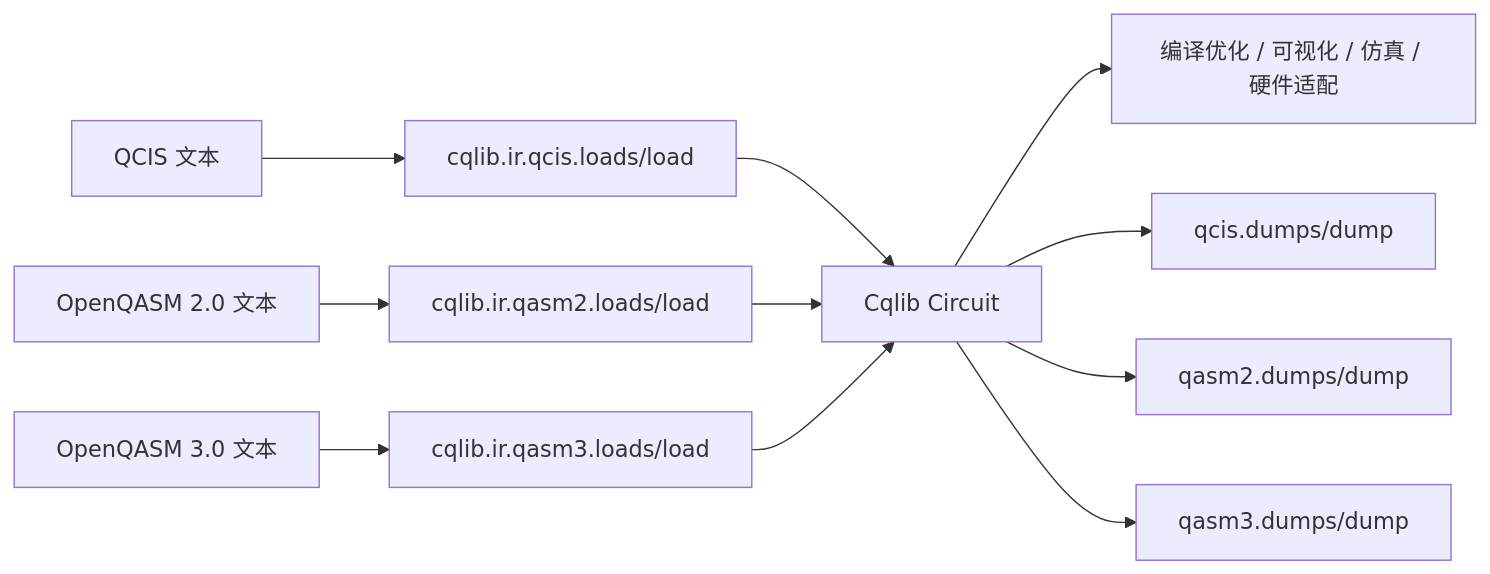
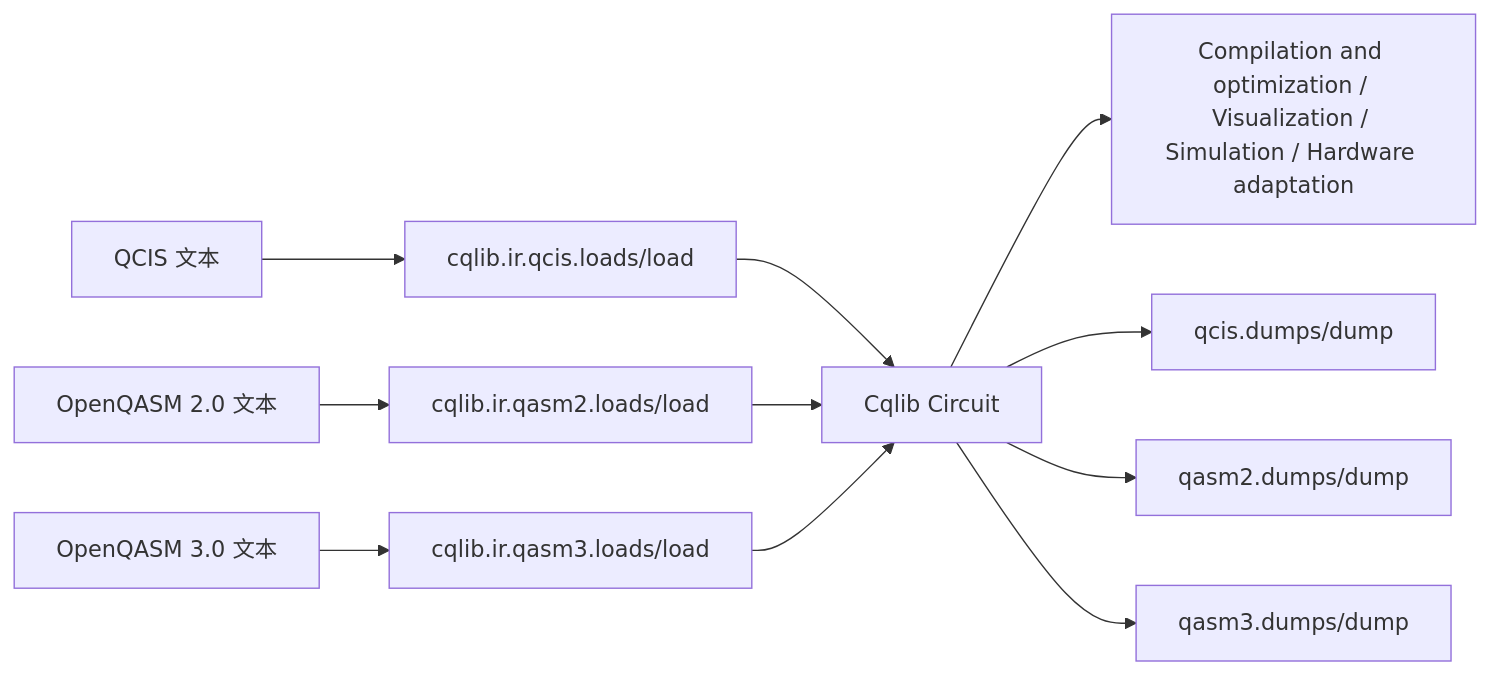
Before and after one commit to 1734/cqlib: the diagram in docs/documentation/en/1_cqlib/1_ir/0_overview.md, drawn with Mermaid. The commit also changed other lines of this file and 30 other files, not shown here.

````diff
--- a/docs/documentation/en/1_cqlib/1_ir/0_overview.md
+++ b/docs/documentation/en/1_cqlib/1_ir/0_overview.md
@@ -16,13 +16,13 @@
 ```mermaid
 flowchart LR
     A["QCIS 文本"] --> D["cqlib.ir.qcis.loads/load"]
     B["OpenQASM 2.0 文本"] --> E["cqlib.ir.qasm2.loads/load"]
     C["OpenQASM 3.0 文本"] --> F["cqlib.ir.qasm3.loads/load"]
     D --> G["Cqlib Circuit"]
     E --> G
     F --> G
-    G --> H["编译优化 / 可视化 / 仿真 / 硬件适配"]
+    G --> H["Compilation and optimization / Visualization / Simulation / Hardware adaptation"]
     G --> I["qcis.dumps/dump"]
     G --> J["qasm2.dumps/dump"]
     G --> K["qasm3.dumps/dump"]
 ```
````
